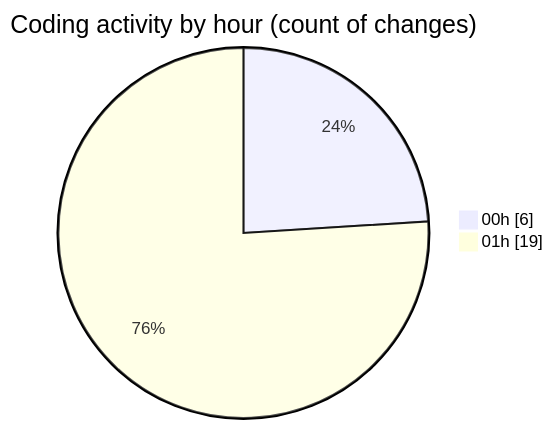
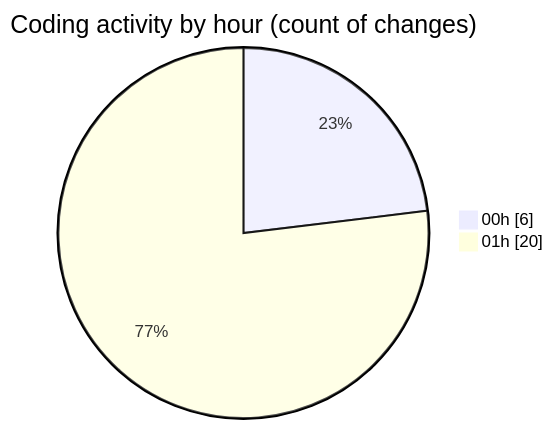
One commit to julien-gomy/code-tracking changed the second of 2 diagrams in 2025-11-08/eventscop-frontend-guide__workspace_/README.md. Above: the diagram before and after it, drawn with Mermaid. The commit also changed other lines of this file and 1 other file, not shown here.

````diff
--- a/2025-11-08/eventscop-frontend-guide__workspace_/README.md
+++ b/2025-11-08/eventscop-frontend-guide__workspace_/README.md
@@ -34,6 +36,6 @@
 ```mermaid
 pie showData
 title Coding activity by hour (count of changes)
 "00h" : 6
-"01h" : 19
+"01h" : 20
 ```
````
